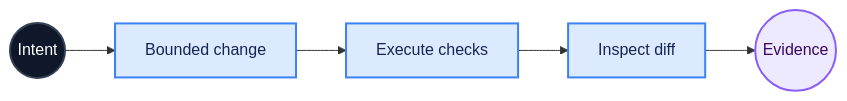
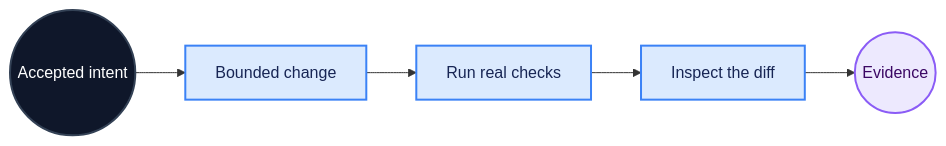
One commit to rmjosea/agentic-sdlc-kit changed the first of 5 diagrams in README.md. Above: the diagram before and after it, drawn with Mermaid. The commit also changed other lines of this file and 180 other files, not shown here.

````diff
--- a/README.md
+++ b/README.md
@@ -34,14 +89,14 @@
 ```mermaid
 flowchart LR
-    A(("Intent")) --> B["Bounded change"]
-    B --> C["Execute checks"]
-    C --> D["Inspect diff"]
+    A(("Accepted intent")) --> B["Bounded change"]
+    B --> C["Run real checks"]
+    C --> D["Inspect the diff"]
     D --> E(("Evidence"))
 
     classDef anchor fill:#0f172a,color:#ffffff,stroke:#334155,stroke-width:2px;
     classDef action fill:#dbeafe,color:#172554,stroke:#3b82f6,stroke-width:2px;
     classDef proof fill:#ede9fe,color:#3b0764,stroke:#8b5cf6,stroke-width:2px;
     class A anchor;
     class B,C,D action;
     class E proof;
 ```
````
